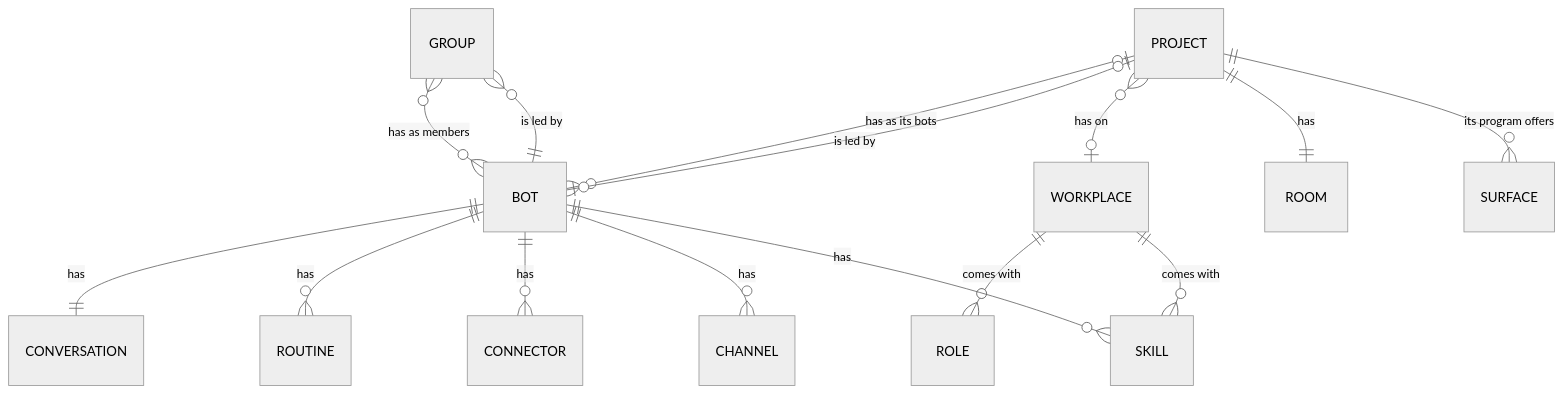
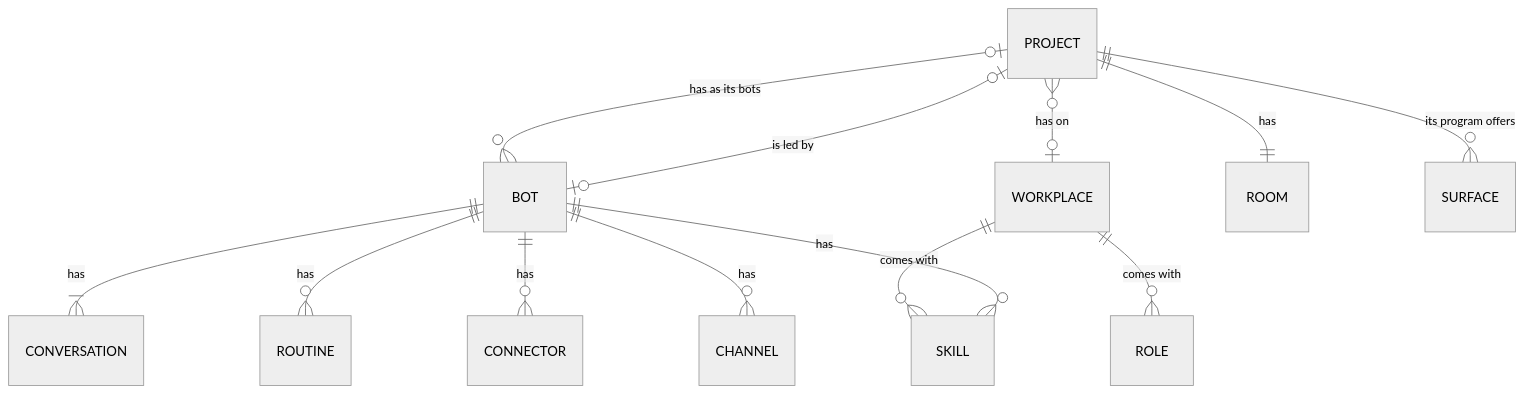
The diagram in docs/adr/0002-projects-and-bots-are-both-top-level.md (d41sys/bate), drawn with Mermaid (neutral theme) before and after one commit. The commit also changed other lines of this file and 3 other files, not shown here.

````diff
--- a/docs/adr/0002-projects-and-bots-are-both-top-level.md
+++ b/docs/adr/0002-projects-and-bots-are-both-top-level.md
@@ -38,17 +37,15 @@
 ```mermaid
 erDiagram
     PROJECT |o--o{ BOT : "has as its bots"
     PROJECT |o--o| BOT : "is led by"
     PROJECT }o--o| WORKPLACE : "has on"
     PROJECT ||--|| ROOM : has
     PROJECT ||--o{ SURFACE : "its program offers"
     WORKPLACE ||--o{ ROLE : "comes with"
     WORKPLACE ||--o{ SKILL : "comes with"
-    BOT ||--|| CONVERSATION : has
+    BOT ||--|{ CONVERSATION : has
     BOT ||--o{ ROUTINE : has
     BOT ||--o{ CONNECTOR : has
     BOT ||--o{ CHANNEL : has
     BOT ||--o{ SKILL : has
-    GROUP }o--o{ BOT : "has as members"
-    GROUP }o--|| BOT : "is led by"
 ```
````
